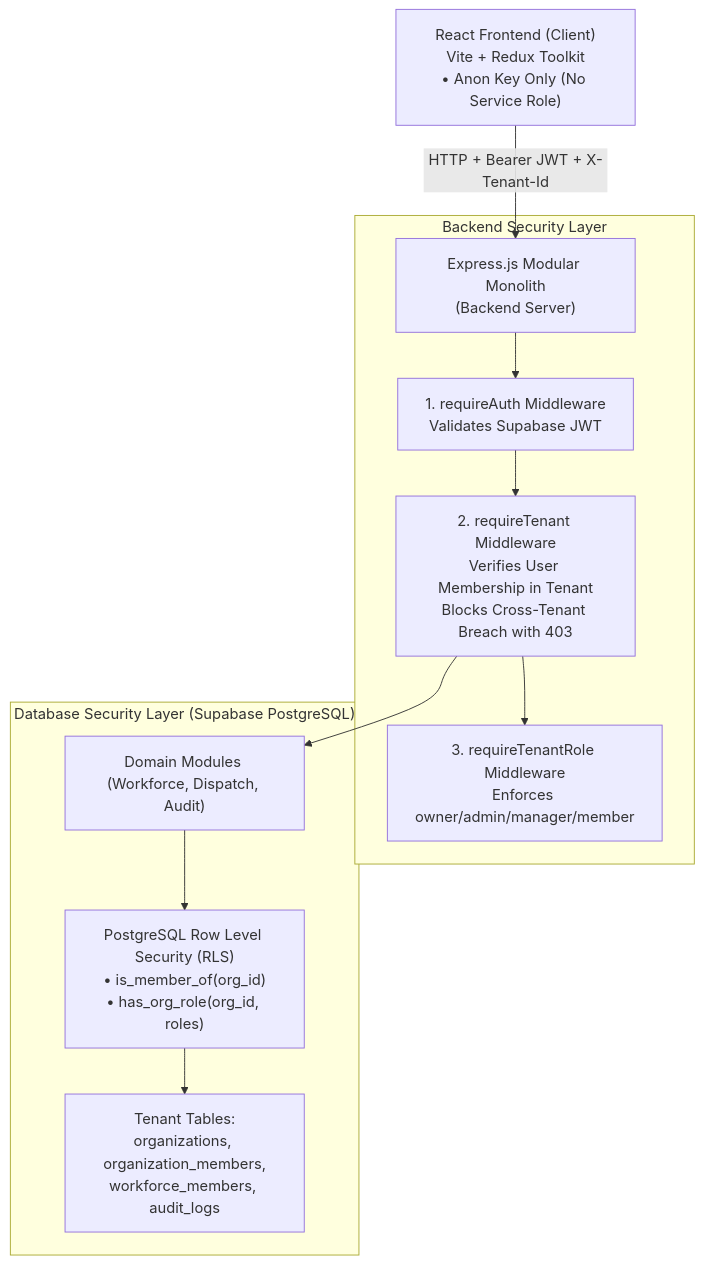
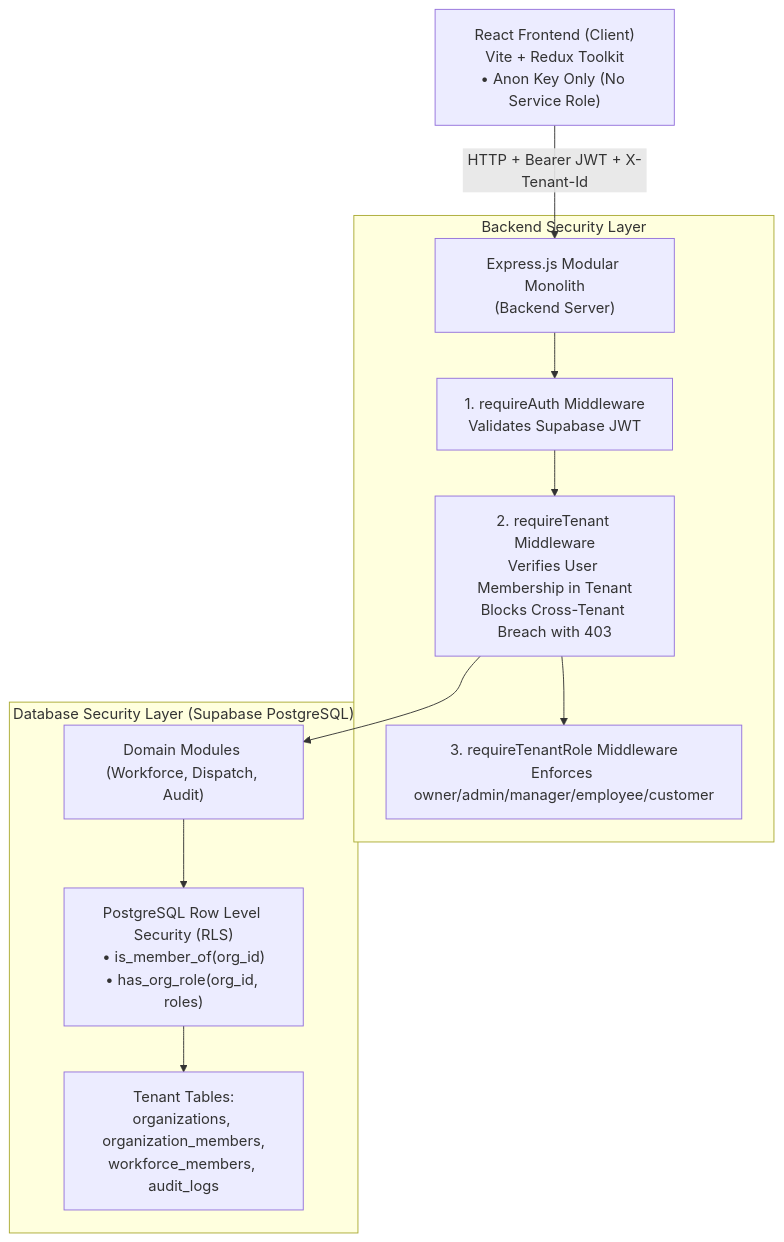
Before and after one commit to patelnetra6960-dev/OpsPilot: the diagram in README.md, drawn with Mermaid. The commit also changed other lines of this file and 47 other files, not shown here.

````diff
--- a/README.md
+++ b/README.md
@@ -22,17 +22,17 @@
 ```mermaid
 flowchart TD
     Client["React Frontend (Client)\nVite + Redux Toolkit\n• Anon Key Only (No Service Role)"] -->|HTTP + Bearer JWT + X-Tenant-Id| Backend["Express.js Modular Monolith\n(Backend Server)"]
-    
+
     subgraph "Backend Security Layer"
         Backend --> AuthMW["1. requireAuth Middleware\nValidates Supabase JWT"]
         AuthMW --> TenantMW["2. requireTenant Middleware\nVerifies User Membership in Tenant\nBlocks Cross-Tenant Breach with 403"]
-        TenantMW --> RBACMW["3. requireTenantRole Middleware\nEnforces owner/admin/manager/member"]
+        TenantMW --> RBACMW["3. requireTenantRole Middleware\nEnforces owner/admin/manager/employee/customer"]
     end
-    
+
     TenantMW --> Modules["Domain Modules (Workforce, Dispatch, Audit)"]
-    
+
     subgraph "Database Security Layer (Supabase PostgreSQL)"
         Modules --> RLS["PostgreSQL Row Level Security (RLS)\n• is_member_of(org_id)\n• has_org_role(org_id, roles)"]
         RLS --> Tables["Tenant Tables:\norganizations, organization_members,\nworkforce_members, audit_logs"]
     end
 ```
````
